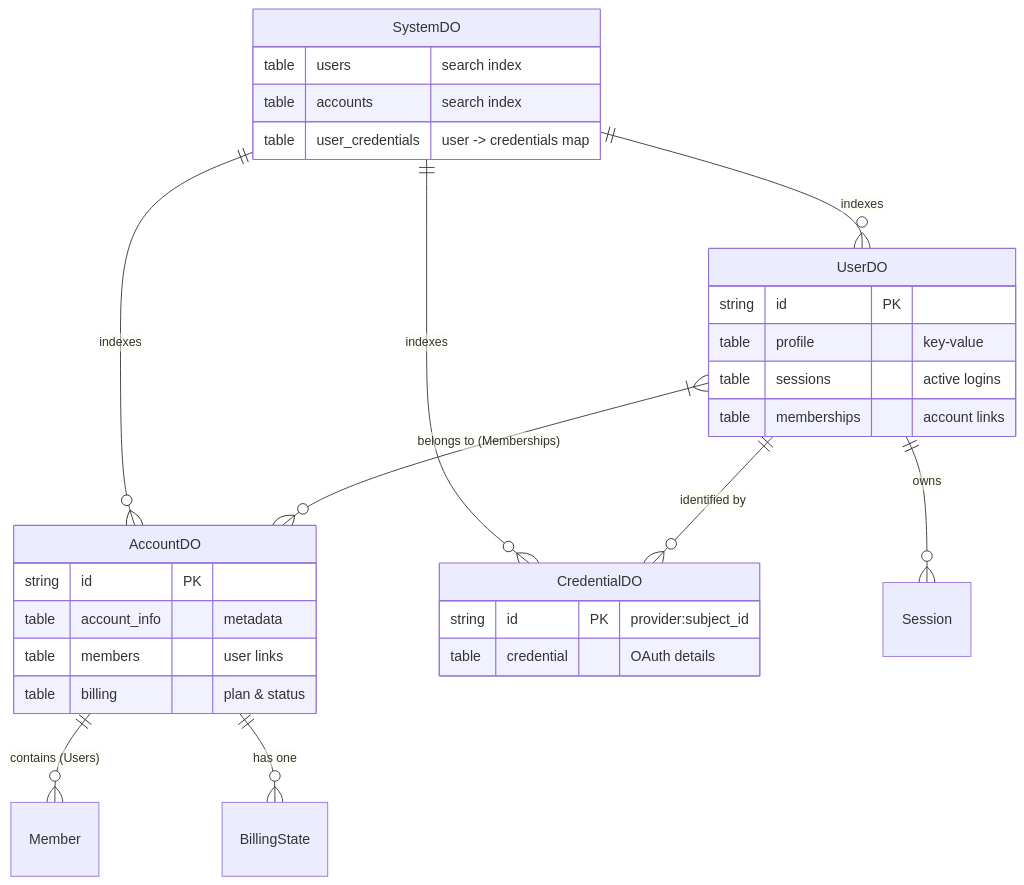
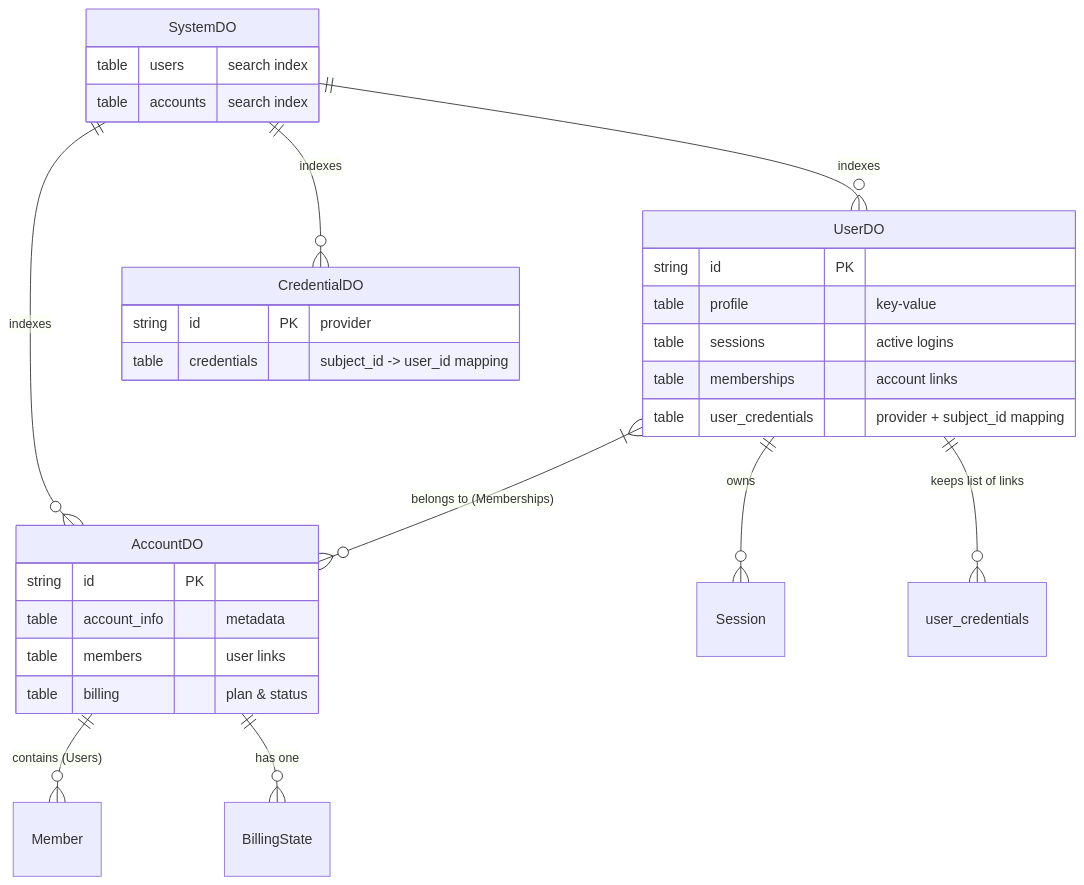
One commit to StartupAPI/startup-api-cloudflare changed the diagram in specs/architecture.md. Above: the diagram before and after it, drawn with Mermaid. The commit also changed other lines of this file and 6 other files, not shown here.

Commit message:
Refactor credentials to be provider-partitioned and decentralized

````diff
--- a/specs/architecture.md
+++ b/specs/architecture.md
@@ -11,38 +11,38 @@
 ```mermaid
 erDiagram
     SystemDO ||--o{ UserDO : indexes
     SystemDO ||--o{ AccountDO : indexes
     SystemDO ||--o{ CredentialDO : indexes
     
     UserDO ||--o{ Session : owns
-    UserDO ||--o{ CredentialDO : "identified by"
+    UserDO ||--o{ user_credentials : "keeps list of links"
     UserDO }|--o{ AccountDO : "belongs to (Memberships)"
 
     AccountDO ||--o{ Member : "contains (Users)"
     AccountDO ||--o{ BillingState : "has one"
 
     UserDO {
         string id PK
         table profile "key-value"
         table sessions "active logins"
         table memberships "account links"
+        table user_credentials "provider + subject_id mapping"
     }
 
     AccountDO {
         string id PK
         table account_info "metadata"
         table members "user links"
         table billing "plan & status"
     }
 
     SystemDO {
         table users "search index"
         table accounts "search index"
-        table user_credentials "user -> credentials map"
     }
 
     CredentialDO {
-        string id PK "provider:subject_id"
-        table credential "OAuth details"
+        string id PK "provider"
+        table credentials "subject_id -> user_id mapping"
     }
 ```
````
